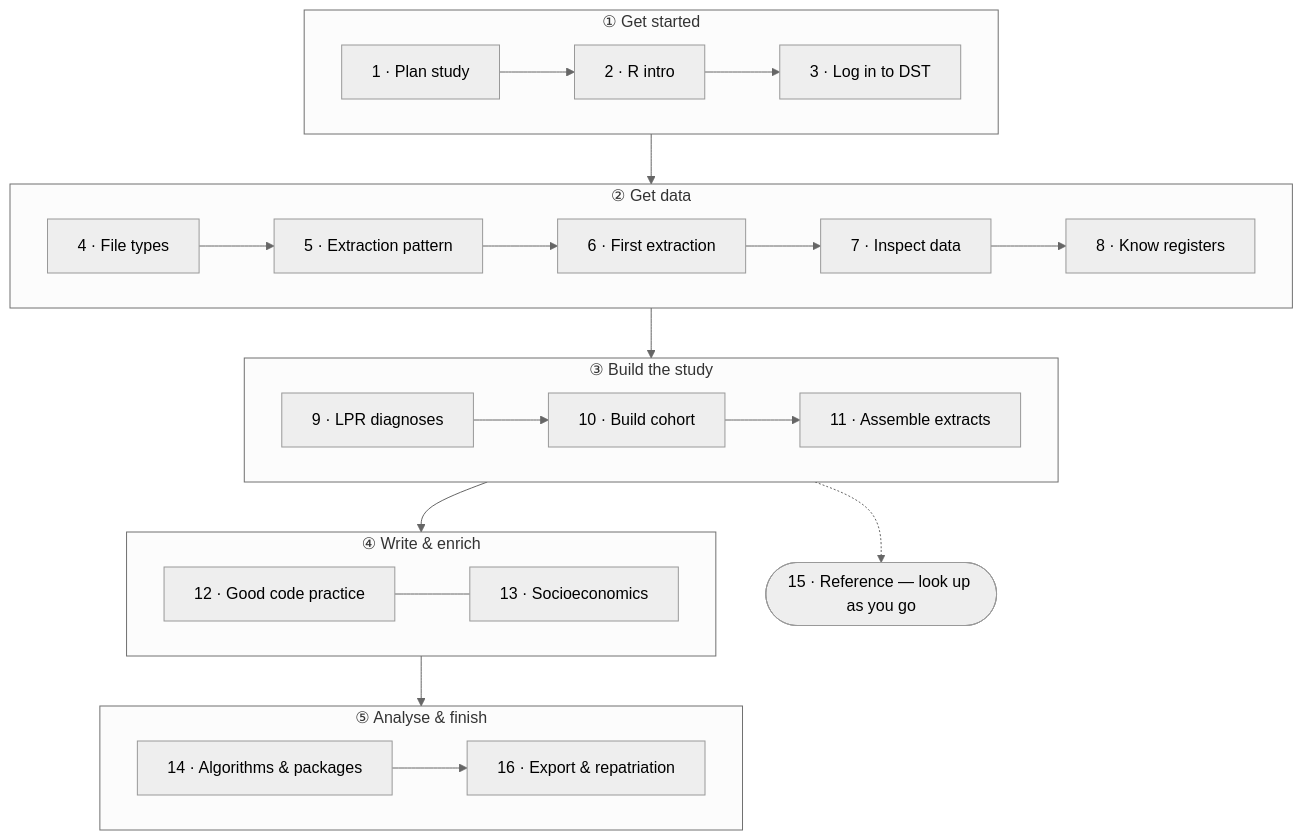
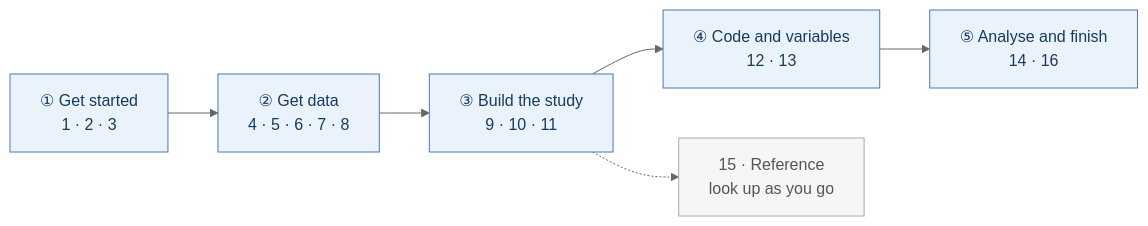
Before and after one commit to steno-aarhus/registers-guide: the diagram in docs/en/index.qmd, drawn with Mermaid (neutral theme). The commit also changed 2 other files, not shown here.

Commit message:
Fjern roadmap fra landingsside; vandret lyst roadmap på guide-forsider
- docs/index.qmd: fjern flowchart fra landingssiden (kun guide-
  forsider skal have det).
- da/00_index.qmd + en/index.qmd: erstat højt TD-subgraph-diagram med
  kompakt vandret 5-stadie-stribe; lyse farver (classDef) så teksten
  er læsbar uanset tema.

````diff
--- a/docs/en/index.qmd
+++ b/docs/en/index.qmd
@@ -61,29 +61,9 @@
 ```{mermaid}
-flowchart TD
-    subgraph S1["① Get started"]
-        direction LR
-        P1["1 · Plan study"] --> P2["2 · R intro"] --> P3["3 · Log in to DST"]
-    end
-    subgraph S2["② Get data"]
-        direction LR
-        P4["4 · File types"] --> P5["5 · Extraction pattern"] --> P6["6 · First extraction"] --> P7["7 · Inspect data"] --> P8["8 · Know registers"]
-    end
-    subgraph S3["③ Build the study"]
-        direction LR
-        P9["9 · LPR diagnoses"] --> P10["10 · Build cohort"] --> P11["11 · Assemble extracts"]
-    end
-    subgraph S4["④ Write & enrich"]
-        direction LR
-        P12["12 · Good code practice"] --- P13["13 · Socioeconomics"]
-    end
-    subgraph S5["⑤ Analyse & finish"]
-        direction LR
-        P14["14 · Algorithms & packages"] --> P16["16 · Export & repatriation"]
-    end
-    P3 --> P4
-    P8 --> P9
-    P11 --> P12
-    P13 --> P14
-    P15(["15 · Reference — look up as you go"])
-    S3 -.-> P15
+flowchart LR
+    S1["①  Get started<br>1 · 2 · 3"] --> S2["②  Get data<br>4 · 5 · 6 · 7 · 8"] --> S3["③  Build the study<br>9 · 10 · 11"] --> S4["④  Code and variables<br>12 · 13"] --> S5["⑤  Analyse and finish<br>14 · 16"]
+    S3 -.-> R15["15 · Reference<br>look up as you go"]
+    classDef stage fill:#eaf2fb,stroke:#4a78b5,stroke-width:1px,color:#173a5e;
+    classDef ref fill:#f6f6f6,stroke:#aaaaaa,color:#555555;
+    class S1,S2,S3,S4,S5 stage
+    class R15 ref
 ```
````
